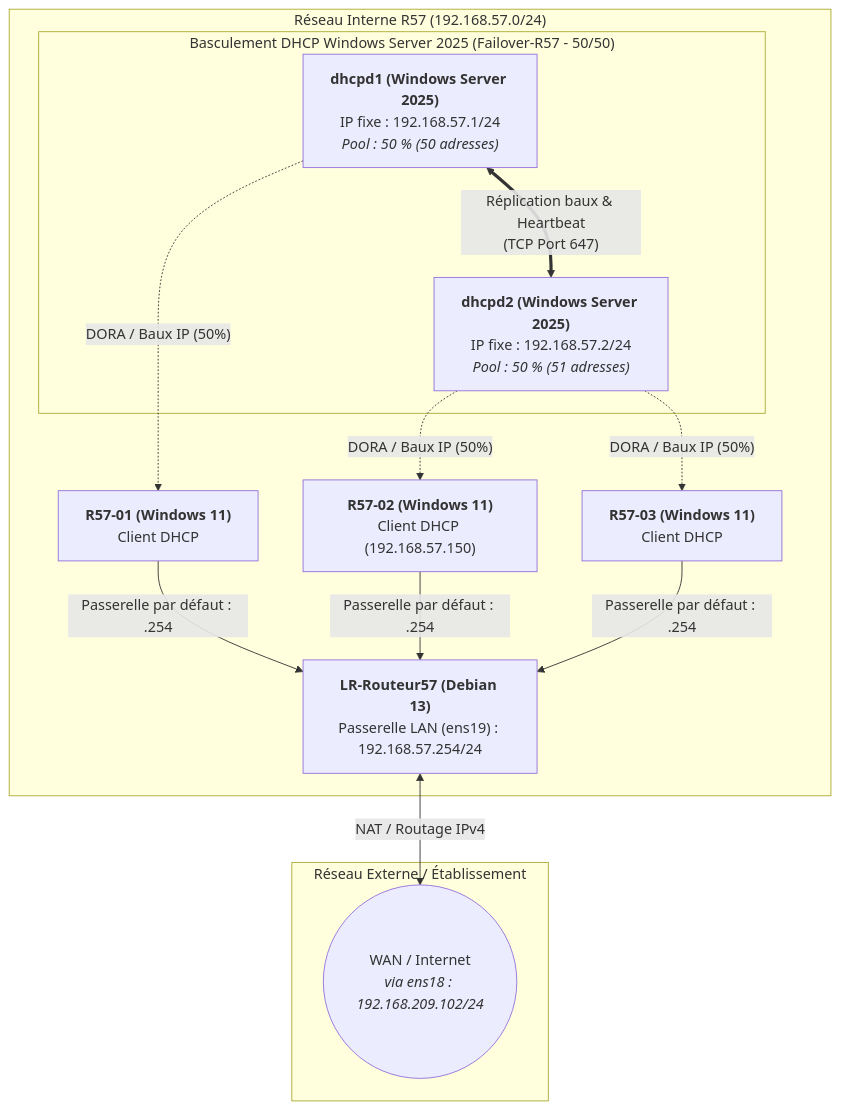
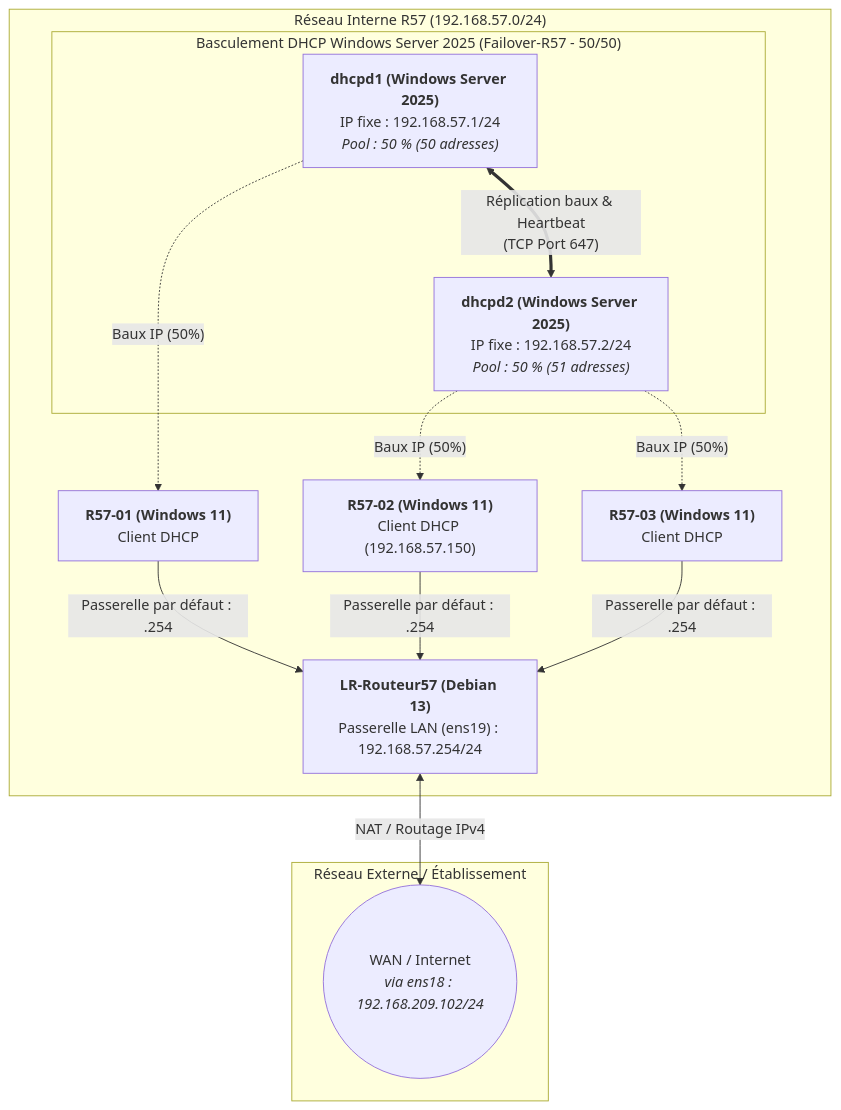
The diagram in docs/wlb.md (Loris-Kuj0/doc-sio), drawn with Mermaid before and after one commit.

````diff
--- a/docs/wlb.md
+++ b/docs/wlb.md
@@ -24,28 +24,28 @@
 ```mermaid
 graph TD
     subgraph WAN ["Réseau Externe / Établissement"]
         Internet(("WAN / Internet<br/><i>via ens18 : 192.168.209.102/24</i>"))
     end
 
     subgraph LAN ["Réseau Interne R57 (192.168.57.0/24)"]
         Router["<b>LR-Routeur57 (Debian 13)</b><br/>Passerelle LAN (ens19) : 192.168.57.254/24"]
 
         subgraph FAILOVER ["Basculement DHCP Windows Server 2025 (Failover-R57 - 50/50)"]
             S1["<b>dhcpd1 (Windows Server 2025)</b><br/>IP fixe : 192.168.57.1/24<br/><i>Pool : 50 % (50 adresses)</i>"]
             S2["<b>dhcpd2 (Windows Server 2025)</b><br/>IP fixe : 192.168.57.2/24<br/><i>Pool : 50 % (51 adresses)</i>"]
             
             S1 <==>|"Réplication baux & Heartbeat<br/>(TCP Port 647)"| S2
         end
 
         C1["<b>R57-01 (Windows 11)</b><br/>Client DHCP"]
         C2["<b>R57-02 (Windows 11)</b><br/>Client DHCP (192.168.57.150)"]
         C3["<b>R57-03 (Windows 11)</b><br/>Client DHCP"]
 
-        S1 -.->|"DORA / Baux IP (50%)"| C1
-        S2 -.->|"DORA / Baux IP (50%)"| C2
-        S2 -.->|"DORA / Baux IP (50%)"| C3
+        S1 -.->|"Baux IP (50%)"| C1
+        S2 -.->|"Baux IP (50%)"| C2
+        S2 -.->|"Baux IP (50%)"| C3
         C1 & C2 & C3 -->|Passerelle par défaut : .254| Router
     end
 
     Router <-->|NAT / Routage IPv4| Internet
 ```
````
